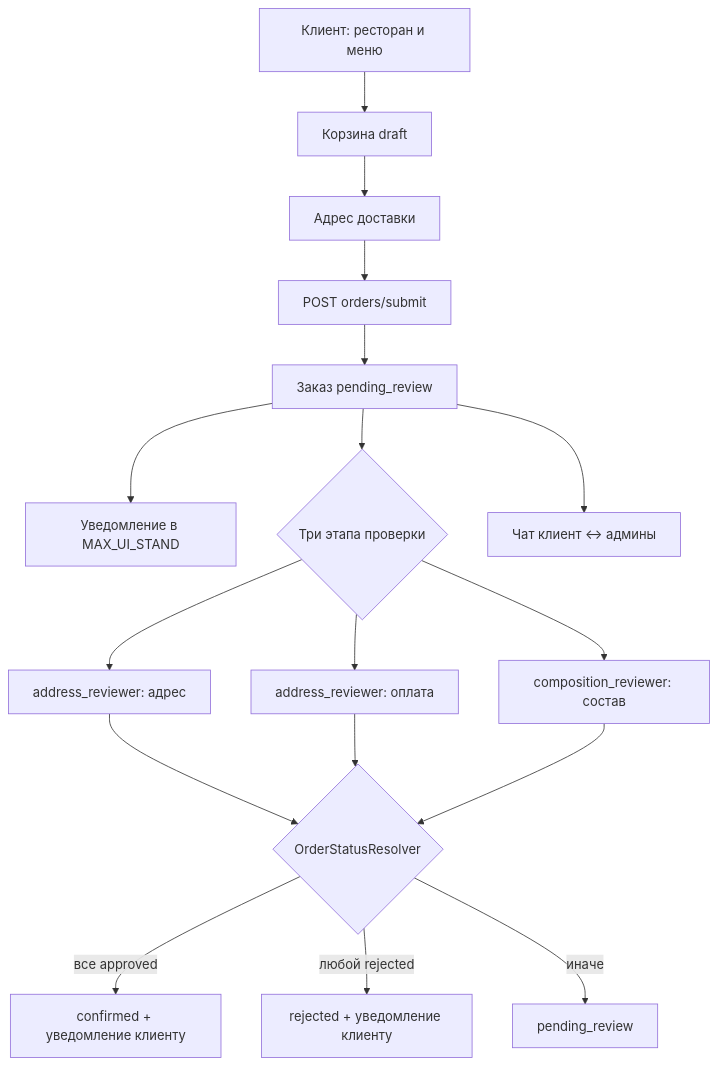
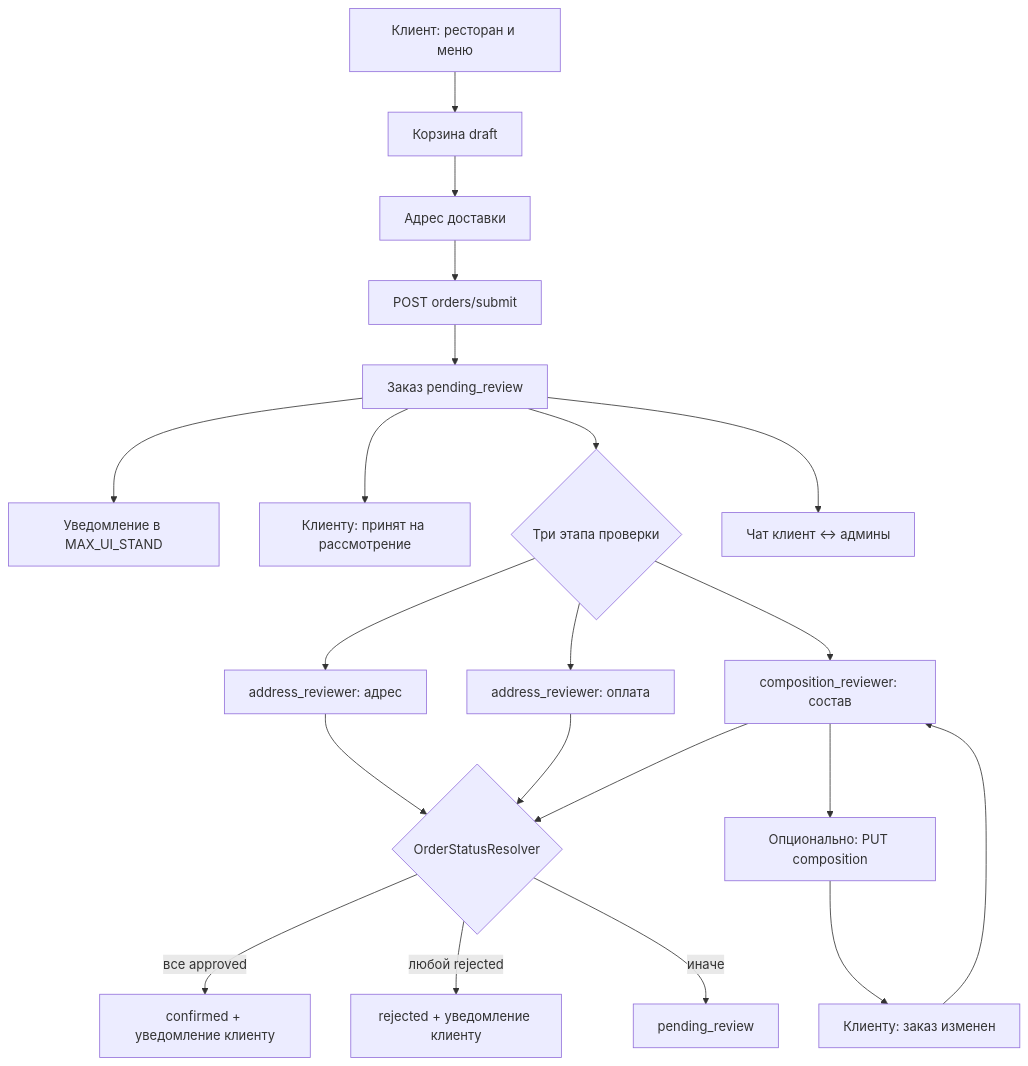
One commit to dvtikhonov/exampleProjectSail changed the first of 2 diagrams in service-c/README.md. Above: the diagram before and after it, drawn with Mermaid. The commit also changed other lines of this file and 1 other file, not shown here.

````diff
--- a/service-c/README.md
+++ b/service-c/README.md
@@ -110,19 +114,23 @@
 ```mermaid
 flowchart TD
     A[Клиент: ресторан и меню] --> B[Корзина draft]
     B --> C[Адрес доставки]
     C --> D[POST orders/submit]
     D --> E[Заказ pending_review]
     E --> F[Уведомление в MAX_UI_STAND]
+    E --> F2[Клиенту: принят на рассмотрение]
     E --> G{Три этапа проверки}
     G --> H[address_reviewer: адрес]
     G --> I[address_reviewer: оплата]
     G --> J[composition_reviewer: состав]
+    J --> J2[Опционально: PUT composition]
+    J2 --> J3[Клиенту: заказ изменен]
+    J3 --> J
     H --> K{OrderStatusResolver}
     I --> K
     J --> K
     K -->|все approved| L[confirmed + уведомление клиенту]
     K -->|любой rejected| M[rejected + уведомление клиенту]
     K -->|иначе| N[pending_review]
     E --> O[Чат клиент ↔ админы]
 ```
````
